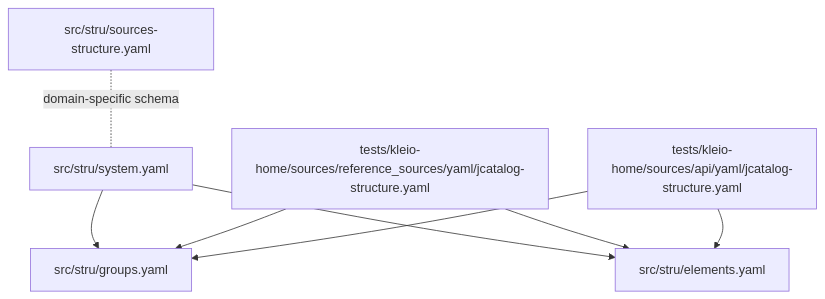
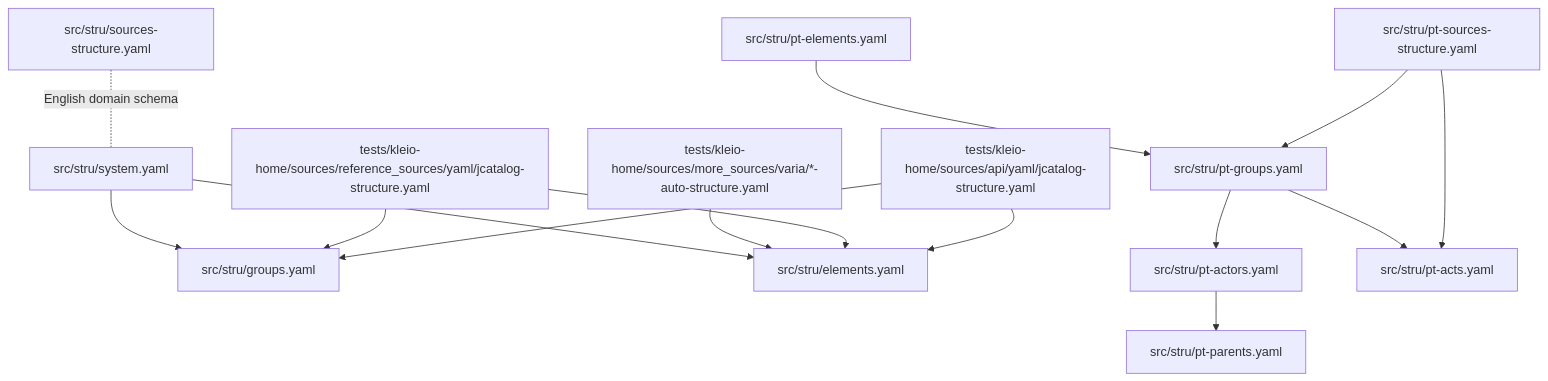
The first of 6 diagrams in .qoder/repowiki/en/content/Structure Definition System/Structure File Formats.md (time-link/timelink-kleio), drawn with Mermaid before and after one commit. The commit also changed other lines of this file and 189 other files, not shown here.

````diff
--- a/.qoder/repowiki/en/content/Structure Definition System/Structure File Formats.md
+++ b/.qoder/repowiki/en/content/Structure Definition System/Structure File Formats.md
@@ -46,10 +74,17 @@
 ```mermaid
 graph TB
 A["src/stru/system.yaml"] --> B["src/stru/groups.yaml"]
 A --> C["src/stru/elements.yaml"]
-D["src/stru/sources-structure.yaml"] -. "domain-specific schema" .- A
-E["tests/kleio-home/sources/reference_sources/yaml/jcatalog-structure.yaml"] --> B
-E --> C
-F["tests/kleio-home/sources/api/yaml/jcatalog-structure.yaml"] --> B
-F --> C
+D["src/stru/sources-structure.yaml"] -. "English domain schema" .- A
+E["src/stru/pt-elements.yaml"] --> F["src/stru/pt-groups.yaml"]
+F --> G["src/stru/pt-actors.yaml"]
+G --> H["src/stru/pt-parents.yaml"]
+F --> I["src/stru/pt-acts.yaml"]
+J["src/stru/pt-sources-structure.yaml"] --> F
+J --> I
+K["tests/kleio-home/sources/more_sources/varia/*-auto-structure.yaml"] --> C
+L["tests/kleio-home/sources/reference_sources/yaml/jcatalog-structure.yaml"] --> B
+L --> C
+M["tests/kleio-home/sources/api/yaml/jcatalog-structure.yaml"] --> B
+M --> C
 ```
````
